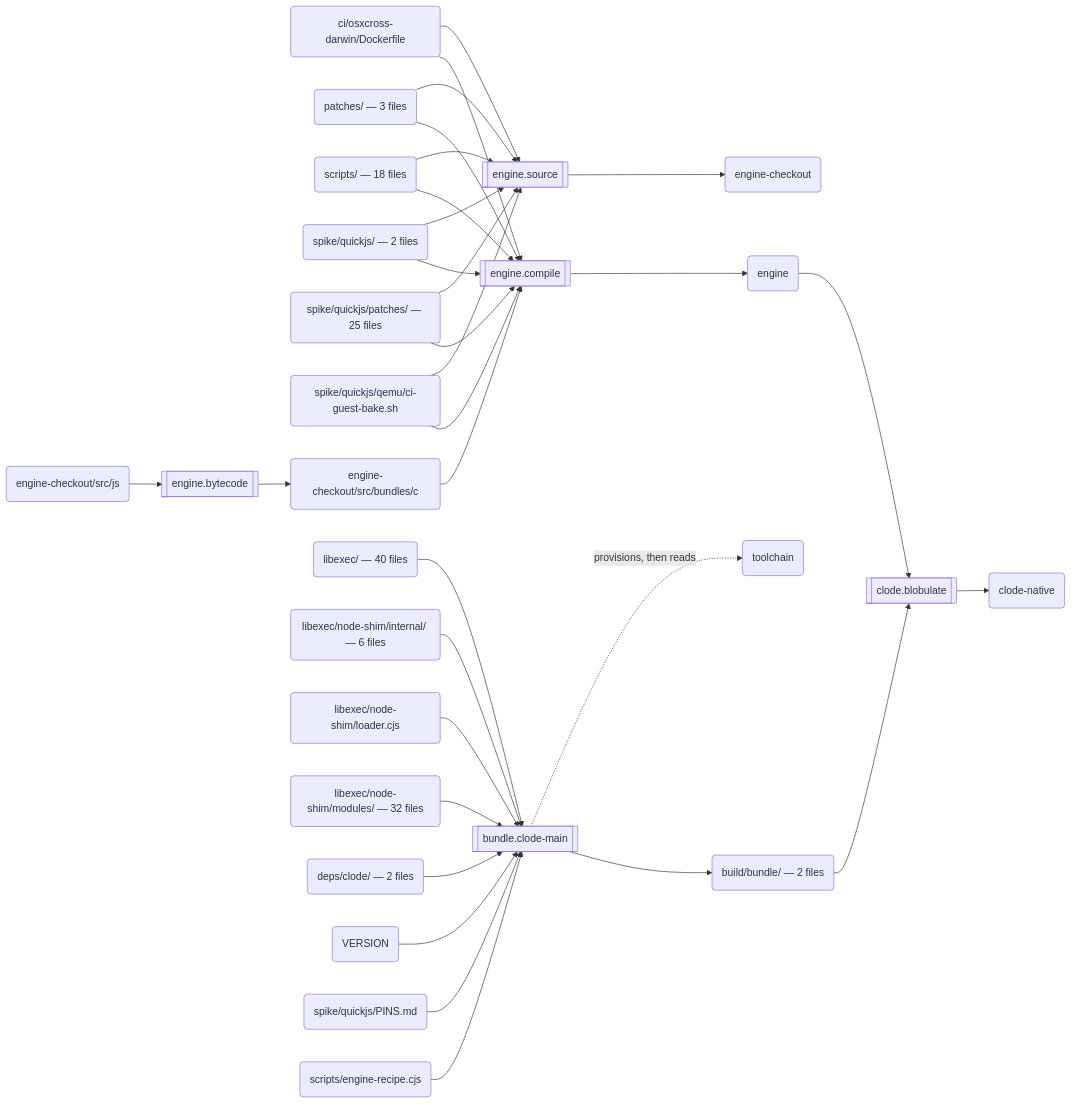
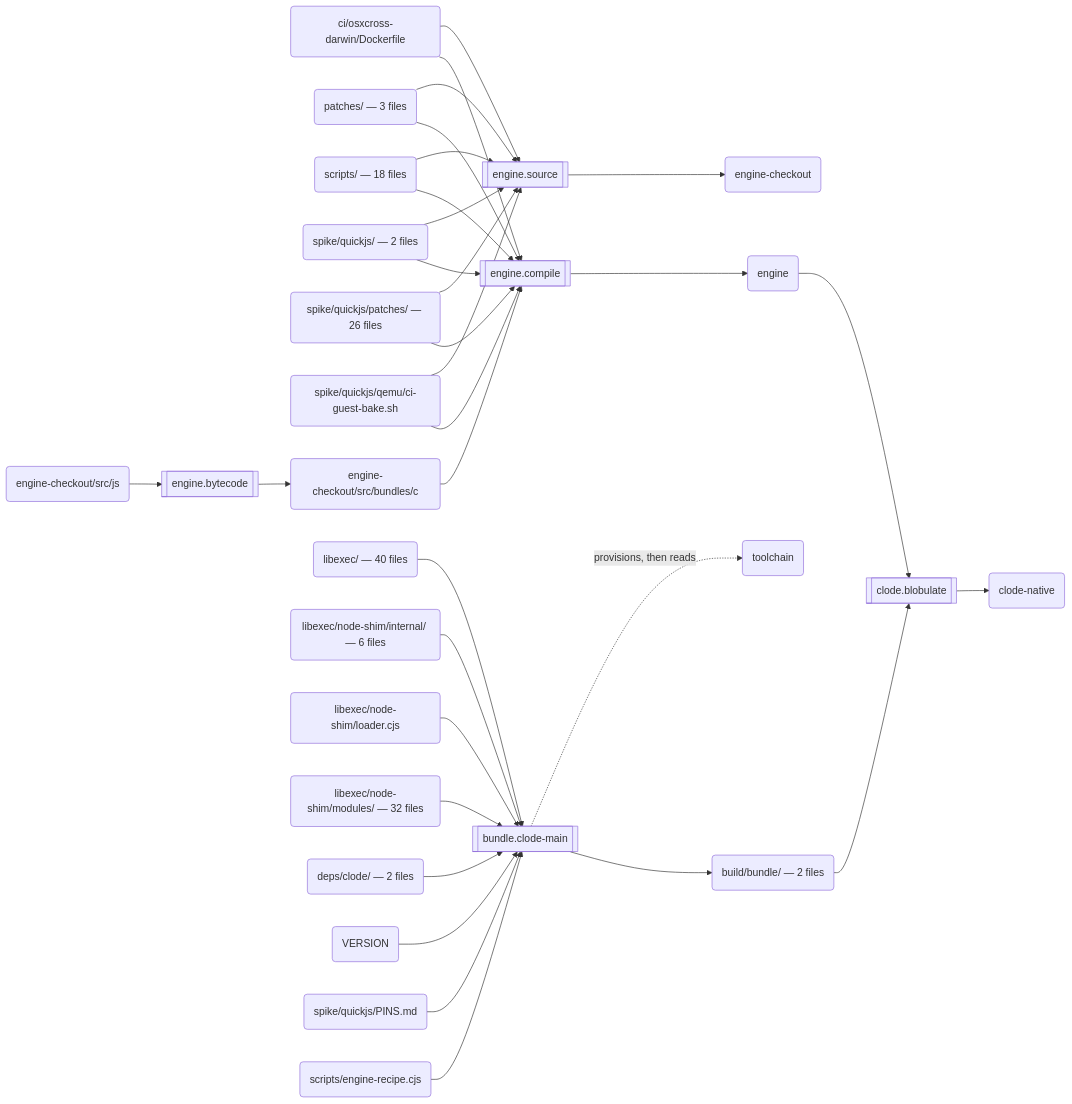
One commit to schmonz/clode changed the second of 3 diagrams in docs/build.md. Above: the diagram before and after it, drawn with Mermaid. The commit also changed other lines of this file and 2 other files, not shown here.

````diff
--- a/docs/build.md
+++ b/docs/build.md
@@ -123,59 +123,59 @@
 ```mermaid
 flowchart LR
   s0[["engine.source"]]
   a0("ci/osxcross-darwin/Dockerfile")
   a1("patches/ — 3 files")
   a2("scripts/ — 18 files")
   a3("spike/quickjs/ — 2 files")
-  a4("spike/quickjs/patches/ — 25 files")
+  a4("spike/quickjs/patches/ — 26 files")
   a5("spike/quickjs/qemu/ci-guest-bake.sh")
   a6("engine-checkout")
   s1[["engine.bytecode"]]
   a7("engine-checkout/src/js")
   a8("engine-checkout/src/bundles/c")
   s2[["engine.compile"]]
   a9("engine")
   s3[["bundle.clode-main"]]
   a10("libexec/ — 40 files")
   a11("libexec/node-shim/internal/ — 6 files")
   a12("libexec/node-shim/loader.cjs")
   a13("libexec/node-shim/modules/ — 32 files")
   a14("deps/clode/ — 2 files")
   a15("VERSION")
   a16("spike/quickjs/PINS.md")
   a17("scripts/engine-recipe.cjs")
   a18("toolchain")
   a19("build/bundle/ — 2 files")
   s4[["clode.blobulate"]]
   a20("clode-native")
   a0 --> s0
   a1 --> s0
   a2 --> s0
   a3 --> s0
   a4 --> s0
   a5 --> s0
   s0 --> a6
   a7 --> s1
   s1 --> a8
   a8 --> s2
   a0 --> s2
   a1 --> s2
   a2 --> s2
   a3 --> s2
   a4 --> s2
   a5 --> s2
   s2 --> a9
   a10 --> s3
   a11 --> s3
   a12 --> s3
   a13 --> s3
   a14 --> s3
   a15 --> s3
   a16 --> s3
   a17 --> s3
   s3 -.->|"provisions, then reads"| a18
   s3 --> a19
   a9 --> s4
   a19 --> s4
   s4 --> a20
 ```
````
